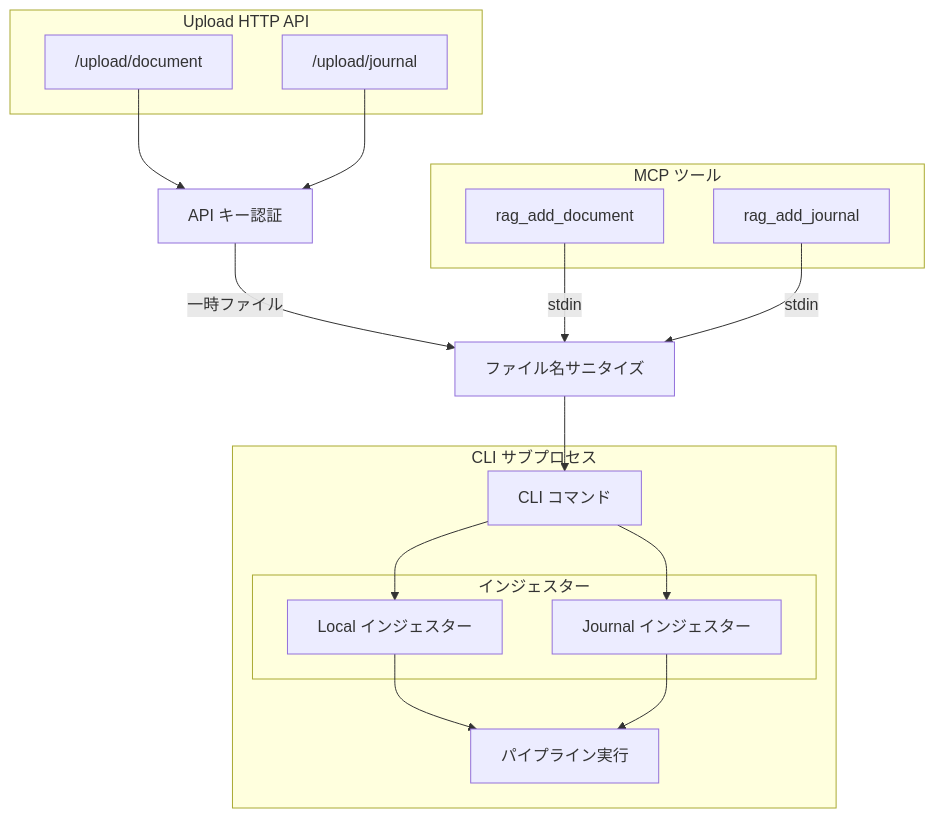
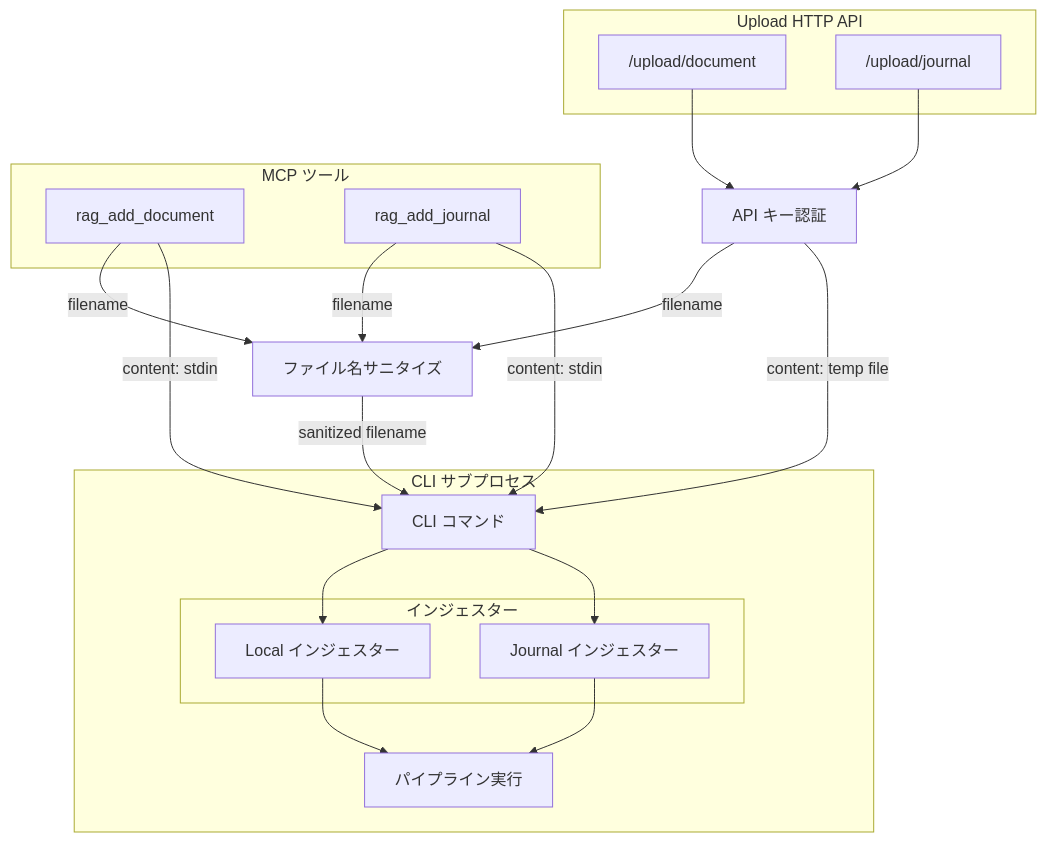
Before and after one commit to becky3/rag-knowledge: the diagram in docs/specs/infrastructure/content-upload.md, drawn with Mermaid. The commit also changed other lines of this file and 1 other file, not shown here.

Commit message:
fix: レビュー指摘対応 (PR #424)
- content-upload.md: スコープのデコード記述を CLI 移行に合わせて更新
- content-upload.md: ロック取得主体を CLI と明記、409 マッピング条件を追記
- content-upload.md: Mermaid 図のエッジラベルを filename/content で分離
- rebuild-stats.md: error 行フォーマットに error フラグを追加（rag-knowledge.md と統一）

````diff
--- a/docs/specs/infrastructure/content-upload.md
+++ b/docs/specs/infrastructure/content-upload.md
@@ -197,36 +202,39 @@
 ```mermaid
 flowchart TB
     subgraph HTTP["Upload HTTP API"]
         UD["/upload/document"]
         UJ["/upload/journal"]
     end
 
     subgraph MCP["MCP ツール"]
         T1["rag_add_document"]
         T2["rag_add_journal"]
     end
 
     AUTH["API キー認証"]
     SAN["ファイル名サニタイズ"]
 
     subgraph CLISub["CLI サブプロセス"]
         CLI["CLI コマンド"]
         subgraph Ingesters["インジェスター"]
             LI["Local インジェスター"]
             JI["Journal インジェスター"]
         end
         PIPE["パイプライン実行"]
     end
 
     UD --> AUTH
     UJ --> AUTH
-    AUTH -->|一時ファイル| SAN
-    T1 -->|stdin| SAN
-    T2 -->|stdin| SAN
+    AUTH -->|filename| SAN
+    AUTH -->|content: temp file| CLI
+    T1 -->|filename| SAN
+    T1 -->|content: stdin| CLI
+    T2 -->|filename| SAN
+    T2 -->|content: stdin| CLI
 
-    SAN --> CLI
+    SAN -->|sanitized filename| CLI
     CLI --> LI
     CLI --> JI
     LI --> PIPE
     JI --> PIPE
 ```
````
